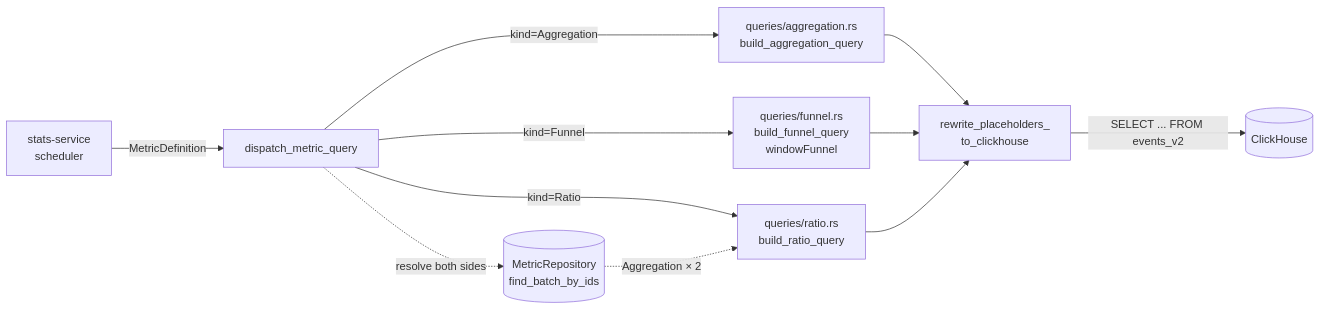
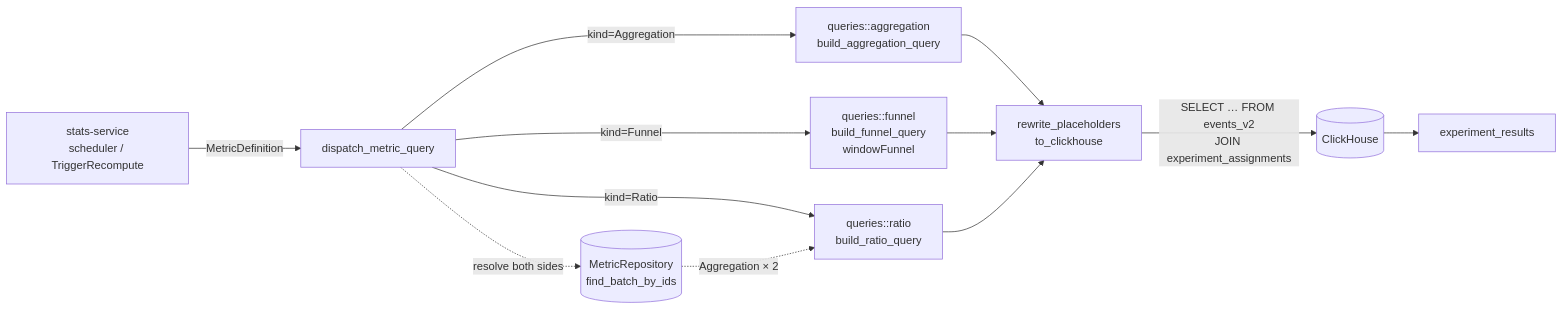
The first of 2 diagrams in docs/src/architecture/metrics.md (stitchd-dev/feature-flag), drawn with Mermaid before and after one commit. The commit also changed other lines of this file and 24 other files, not shown here.

````diff
--- a/docs/src/architecture/metrics.md
+++ b/docs/src/architecture/metrics.md
@@ -61,17 +108,18 @@
 ```mermaid
 flowchart LR
-    SCH[stats-service<br/>scheduler] -->|MetricDefinition| DSP[dispatch_metric_query]
+    SCH[stats-service<br/>scheduler / TriggerRecompute] -->|MetricDefinition| DSP[dispatch_metric_query]
 
-    DSP -->|kind=Aggregation| AGG[queries/aggregation.rs<br/>build_aggregation_query]
-    DSP -->|kind=Funnel| FUN[queries/funnel.rs<br/>build_funnel_query<br/>windowFunnel]
-    DSP -->|kind=Ratio| RAT[queries/ratio.rs<br/>build_ratio_query]
+    DSP -->|kind=Aggregation| AGG[queries::aggregation<br/>build_aggregation_query]
+    DSP -->|kind=Funnel| FUN[queries::funnel<br/>build_funnel_query<br/>windowFunnel]
+    DSP -->|kind=Ratio| RAT[queries::ratio<br/>build_ratio_query]
 
     DSP -.->|resolve both sides| REPO[(MetricRepository<br/>find_batch_by_ids)]
     REPO -.->|Aggregation × 2| RAT
 
-    AGG --> RW[rewrite_placeholders_<br/>to_clickhouse]
+    AGG --> RW[rewrite_placeholders<br/>to_clickhouse]
     FUN --> RW
     RAT --> RW
 
-    RW -->|"SELECT ... FROM events_v2"| CH[(ClickHouse)]
+    RW -->|"SELECT … FROM events_v2<br/>JOIN experiment_assignments"| CH[(ClickHouse)]
+    CH --> RES[experiment_results]
 ```
````
